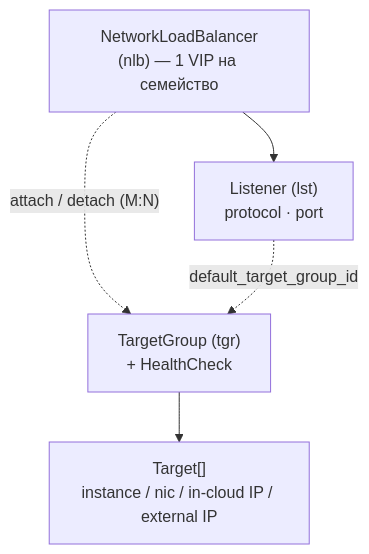
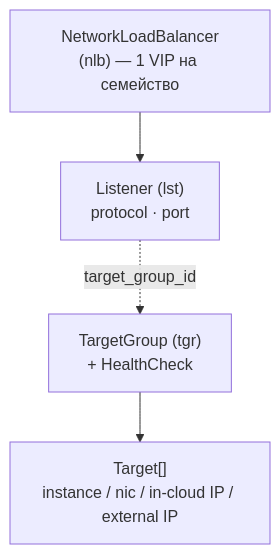
Before and after one commit to PRO-Robotech/kacho: the first of 2 diagrams in services/nlb/docs/content/intro.mdx, drawn with Mermaid. The commit also changed other lines of this file and 393 other files, not shown here.

````diff
--- a/services/nlb/docs/content/intro.mdx
+++ b/services/nlb/docs/content/intro.mdx
@@ -93,12 +93,11 @@
 ```mermaid
 flowchart TD
   lb["NetworkLoadBalancer<br/>(nlb) — 1 VIP на семейство"]
   lst["Listener (lst)<br/>protocol · port"]
   tg["TargetGroup (tgr)<br/>+ HealthCheck"]
   tgt["Target[]<br/>instance / nic / in-cloud IP / external IP"]
 
   lb --> lst
-  lb -. "attach / detach (M:N)" .-> tg
   tg --> tgt
-  lst -. "default_target_group_id" .-> tg
+  lst -. "target_group_id" .-> tg
 ```
````
